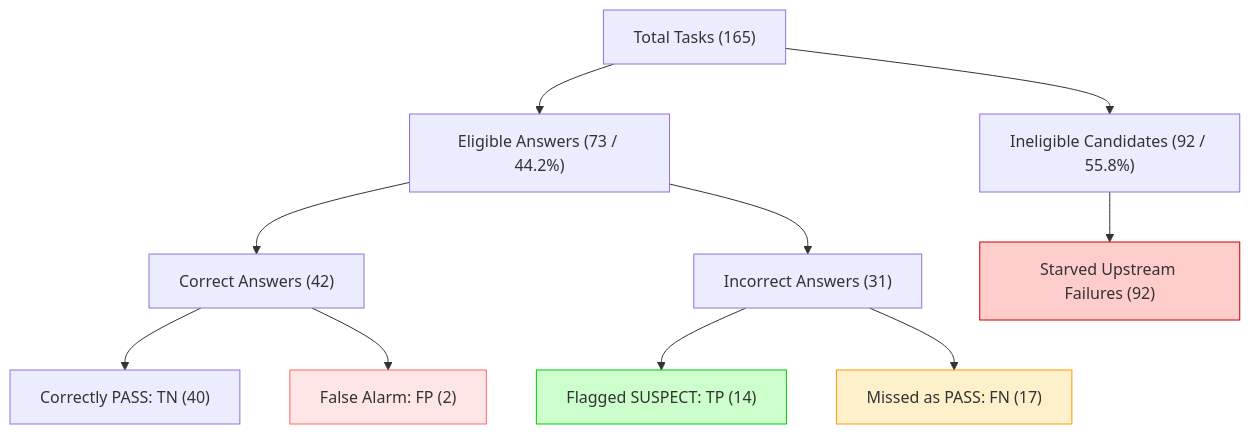
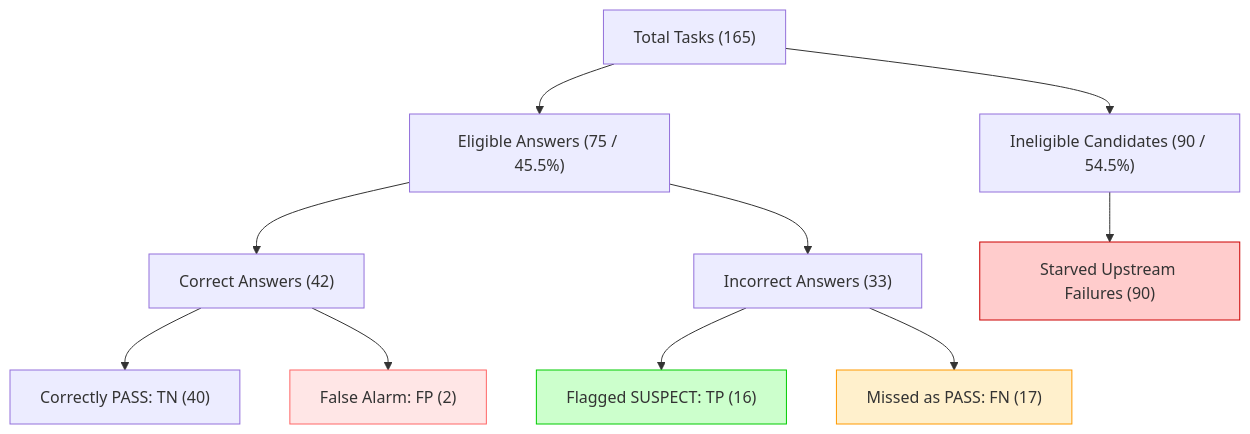
One commit to mmnsrti/gaia-agent-benchmarking changed the diagram in docs/V6_POST_BENCHMARK_AUDIT.md. Above: the diagram before and after it, drawn with Mermaid. The commit also changed other lines of this file and 7 other files, not shown here.

````diff
--- a/docs/V6_POST_BENCHMARK_AUDIT.md
+++ b/docs/V6_POST_BENCHMARK_AUDIT.md
@@ -214,22 +202,22 @@
 ```mermaid
 flowchart TD
     Total["Total Tasks (165)"]
-    Total --> Eligible["Eligible Answers (73 / 44.2%)"]
-    Total --> Ineligible["Ineligible Candidates (92 / 55.8%)"]
+    Total --> Eligible["Eligible Answers (75 / 45.5%)"]
+    Total --> Ineligible["Ineligible Candidates (90 / 54.5%)"]
     
     Eligible --> EC["Correct Answers (42)"]
-    Eligible --> EW["Incorrect Answers (31)"]
+    Eligible --> EW["Incorrect Answers (33)"]
     
-    EW --> TP["Flagged SUSPECT: TP (14)"]
+    EW --> TP["Flagged SUSPECT: TP (16)"]
     EW --> FN["Missed as PASS: FN (17)"]
     
     EC --> TN["Correctly PASS: TN (40)"]
     EC --> FP["False Alarm: FP (2)"]
     
-    Ineligible --> Starved["Starved Upstream Failures (92)"]
+    Ineligible --> Starved["Starved Upstream Failures (90)"]
     
     style Starved fill:#ffcccc,stroke:#cc0000
     style TP fill:#ccffcc,stroke:#00cc00
     style FN fill:#fff0cc,stroke:#ff9900
     style FP fill:#ffe6e6,stroke:#ff6666
 ```
````
